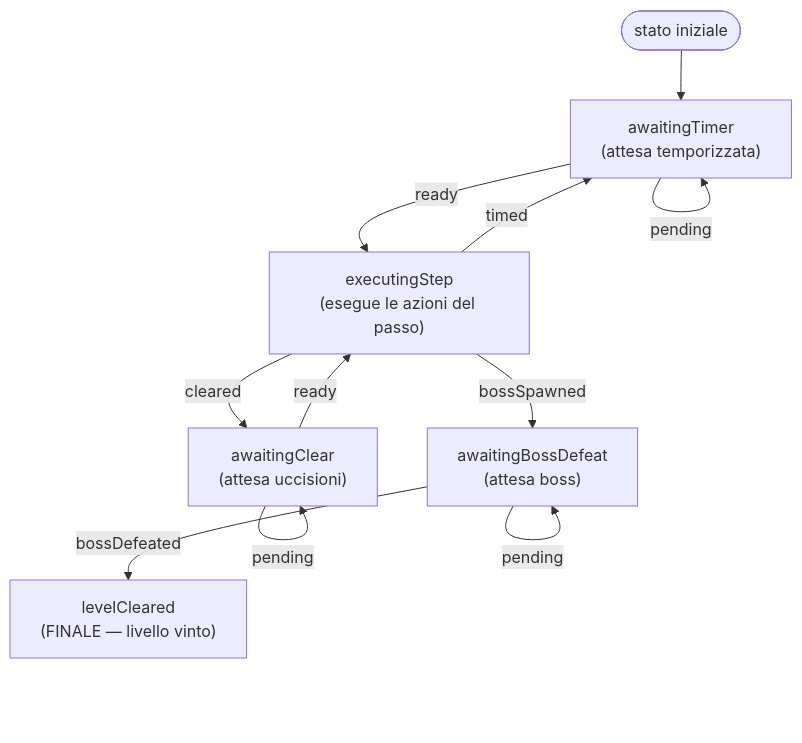
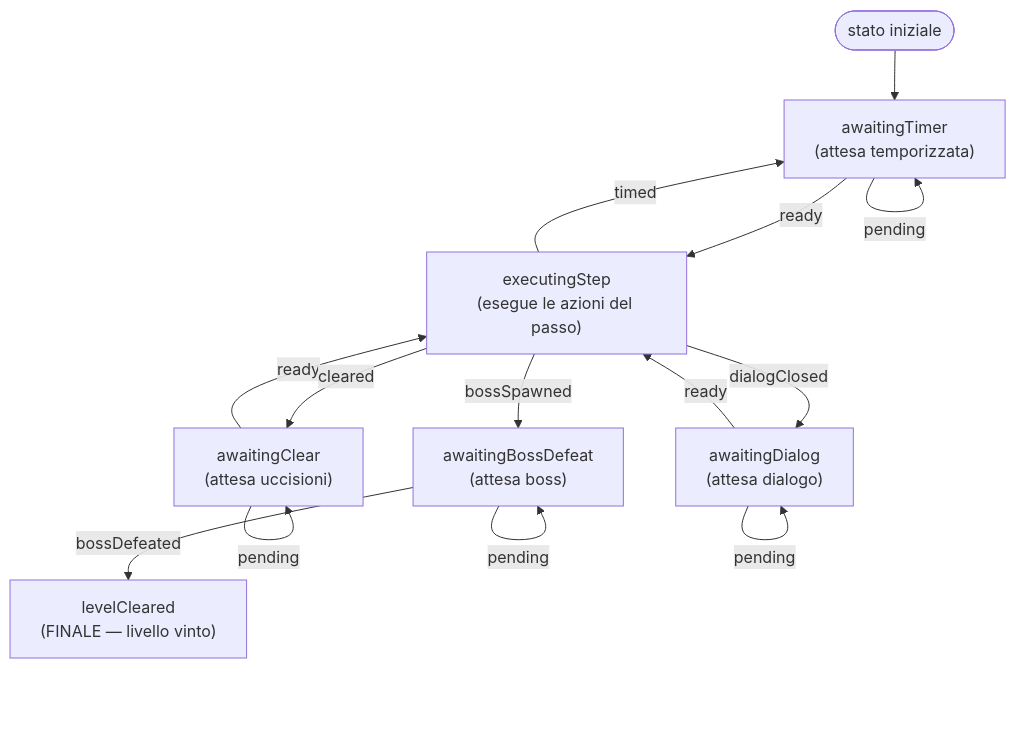
One commit to alesky78/TigerSupply changed the seventh of 7 diagrams in documentation/subsystems/level-director-sequencing/index.md. Above: the diagram before and after it, drawn with Mermaid. The commit also changed other lines of this file and 31 other files, not shown here.

````diff
--- a/documentation/subsystems/level-director-sequencing/index.md
+++ b/documentation/subsystems/level-director-sequencing/index.md
@@ -427,13 +438,16 @@
 ```mermaid
 flowchart TD
     START([stato iniziale]) --> WT["awaitingTimer<br/>(attesa temporizzata)"]
     WT -->|pending| WT
     WT -->|ready| ES["executingStep<br/>(esegue le azioni del passo)"]
     WK["awaitingClear<br/>(attesa uccisioni)"] -->|pending| WK
     WK -->|ready| ES
+    WD["awaitingDialog<br/>(attesa dialogo)"] -->|pending| WD
+    WD -->|ready| ES
     ES -->|timed| WT
     ES -->|cleared| WK
+    ES -->|dialogClosed| WD
     ES -->|bossSpawned| KB["awaitingBossDefeat<br/>(attesa boss)"]
     KB -->|pending| KB
     KB -->|bossDefeated| BK["levelCleared<br/>(FINALE — livello vinto)"]
 ```
````
